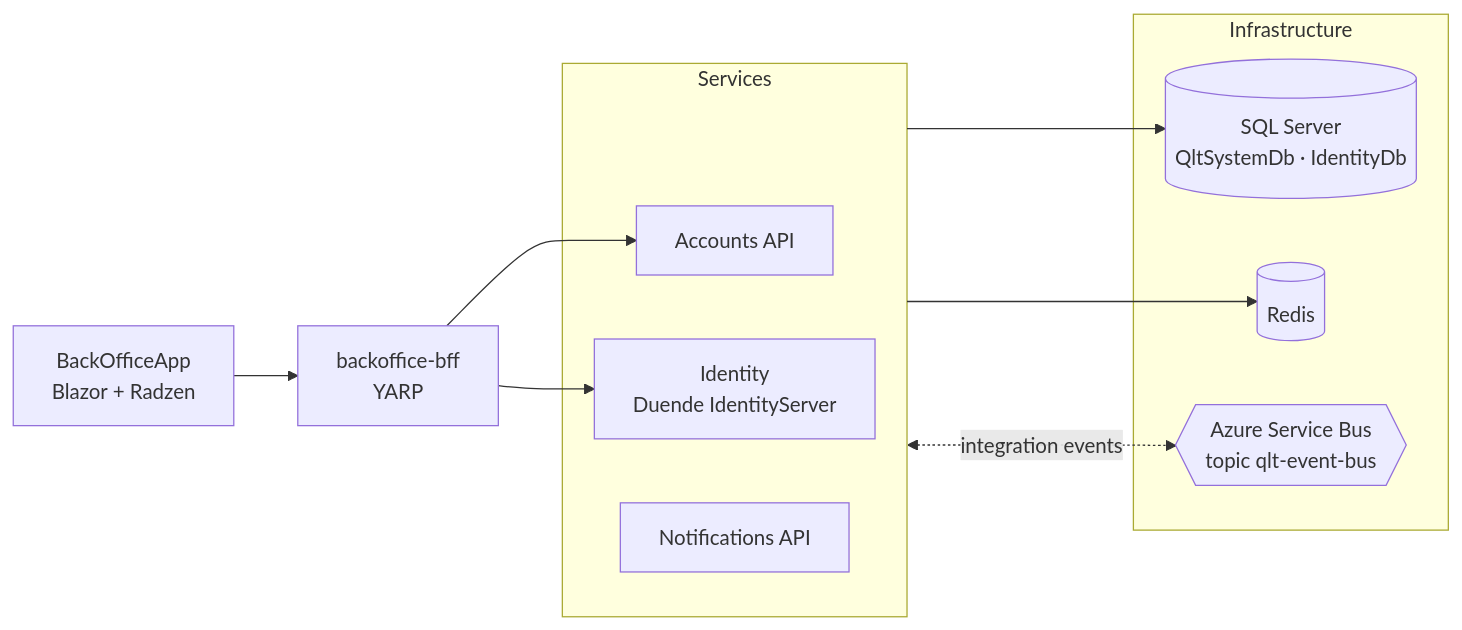
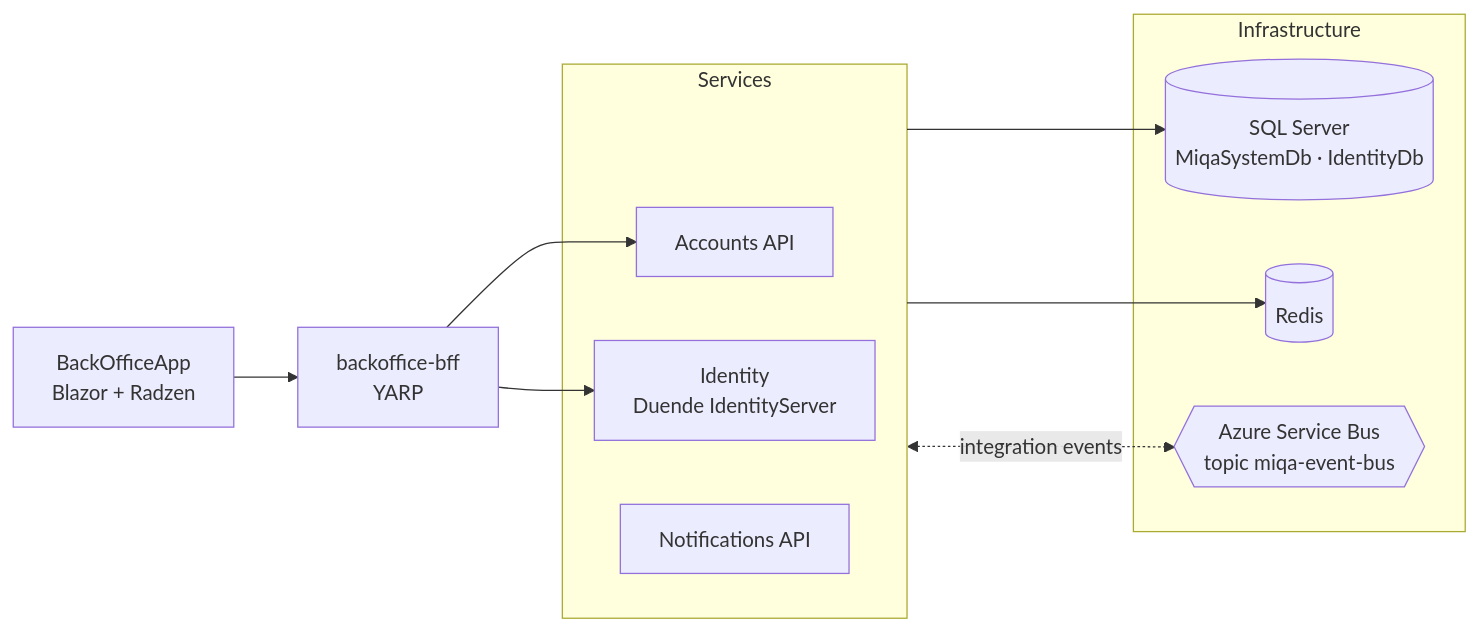
One commit to miquelalcaraz/Labs.ServicePlatform changed the first of 2 diagrams in README.md. Above: the diagram before and after it, drawn with Mermaid. The commit also changed other lines of this file and 1114 other files, not shown here.

Commit message:
refactor: rename namespaces from Qlt to Miqa

````diff
--- a/README.md
+++ b/README.md
@@ -28,20 +28,20 @@
 ```mermaid
 flowchart LR
     BO[BackOfficeApp<br/>Blazor + Radzen] --> BFF[backoffice-bff<br/>YARP]
 
     subgraph Services
         Accounts[Accounts API]
         Identity[Identity<br/>Duende IdentityServer]
         Notifications[Notifications API]
     end
 
     subgraph Infrastructure
-        SQL[("SQL Server<br/>QltSystemDb · IdentityDb")]
+        SQL[("SQL Server<br/>MiqaSystemDb · IdentityDb")]
         Redis[(Redis)]
-        Bus{{"Azure Service Bus<br/>topic qlt-event-bus"}}
+        Bus{{"Azure Service Bus<br/>topic miqa-event-bus"}}
     end
 
     BFF --> Accounts & Identity
     Services --> SQL & Redis
     Services <-. integration events .-> Bus
 ```
````
